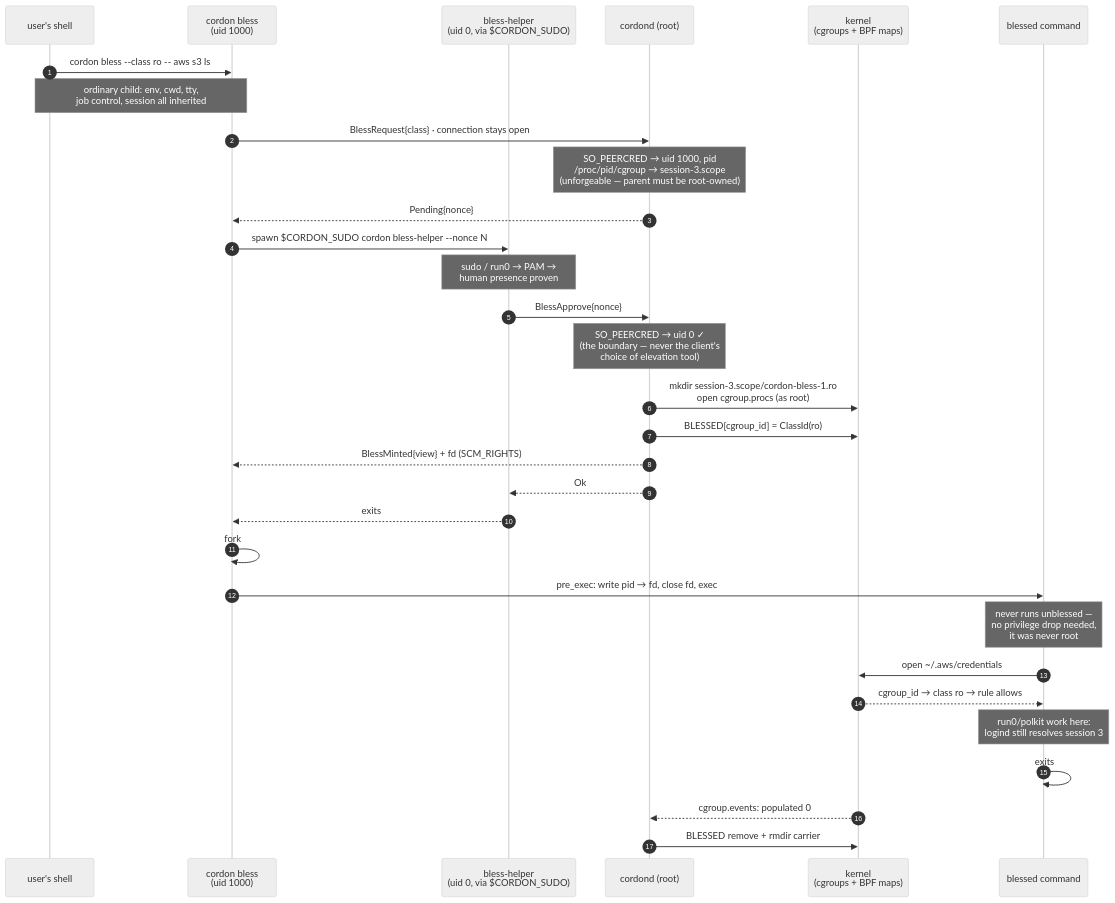
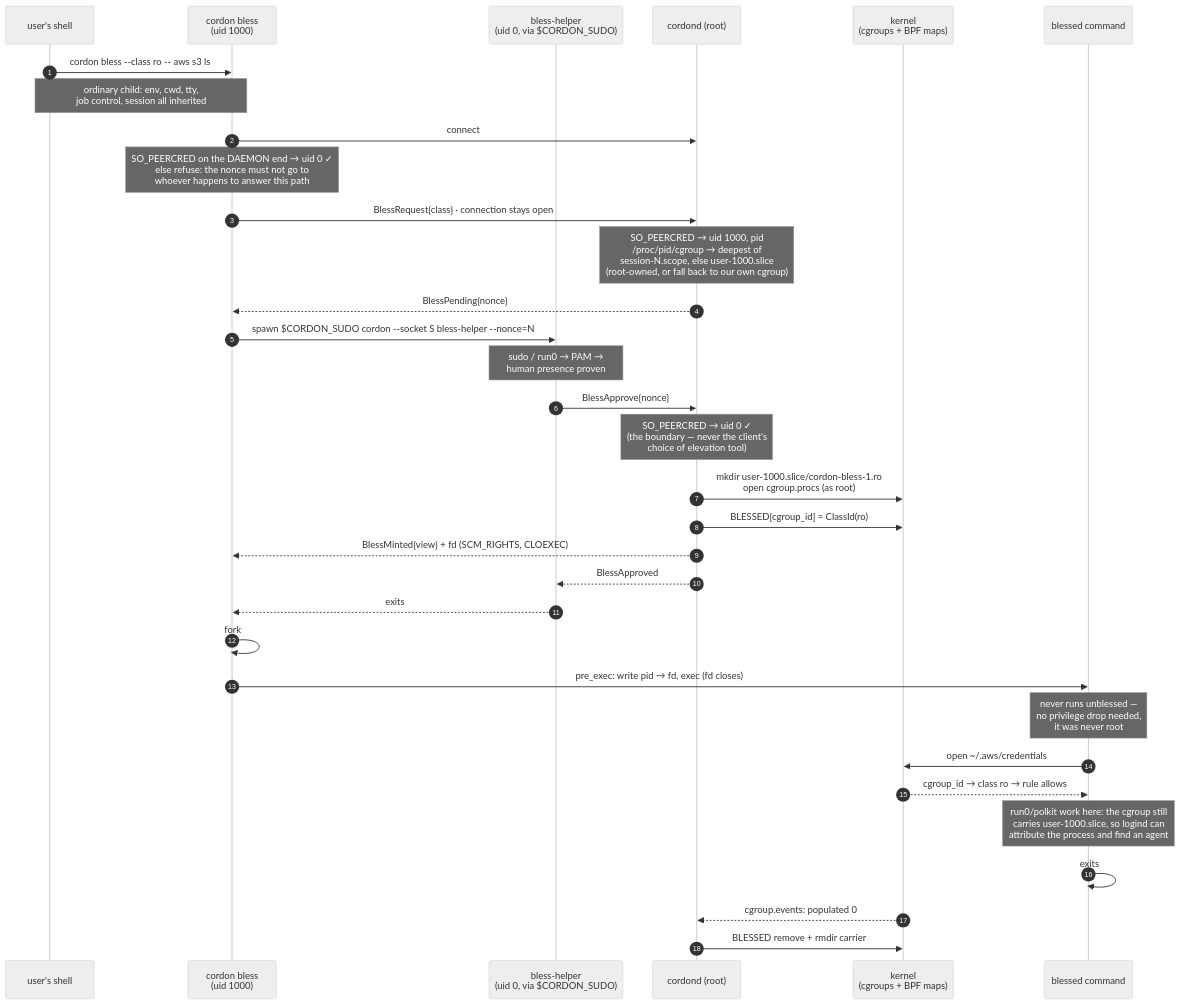
Before and after one commit to nikicat/cordon: the diagram in docs/PLAN-bless3.md, drawn with Mermaid (neutral theme). The commit also changed other lines of this file and 4 other files, not shown here.

First line of the commit message:
fix(bless): place the carrier where logind can still attribute the user

````diff
--- a/docs/PLAN-bless3.md
+++ b/docs/PLAN-bless3.md
@@ -173,40 +177,42 @@
 ```mermaid
 sequenceDiagram
     autonumber
     participant S as user's shell
     participant C as cordon bless<br/>(uid 1000)
     participant H as bless-helper<br/>(uid 0, via $CORDON_SUDO)
     participant D as cordond (root)
     participant K as kernel<br/>(cgroups + BPF maps)
     participant B as blessed command
 
     S->>C: cordon bless --class ro -- aws s3 ls
     Note over S,C: ordinary child: env, cwd, tty,<br/>job control, session all inherited
 
+    C->>D: connect
+    Note over C: SO_PEERCRED on the DAEMON end → uid 0 ✓<br/>else refuse: the nonce must not go to<br/>whoever happens to answer this path
     C->>D: BlessRequest{class} · connection stays open
-    Note over D: SO_PEERCRED → uid 1000, pid<br/>/proc/pid/cgroup → session-3.scope<br/>(unforgeable — parent must be root-owned)
-    D-->>C: Pending{nonce}
+    Note over D: SO_PEERCRED → uid 1000, pid<br/>/proc/pid/cgroup → deepest of<br/>session-N.scope, else user-1000.slice<br/>(root-owned, or fall back to our own cgroup)
+    D-->>C: BlessPending{nonce}
 
-    C->>H: spawn $CORDON_SUDO cordon bless-helper --nonce N
+    C->>H: spawn $CORDON_SUDO cordon --socket S bless-helper --nonce=N
     Note over H: sudo / run0 → PAM →<br/>human presence proven
     H->>D: BlessApprove{nonce}
     Note over D: SO_PEERCRED → uid 0 ✓<br/>(the boundary — never the client's<br/>choice of elevation tool)
 
-    D->>K: mkdir session-3.scope/cordon-bless-1.ro<br/>open cgroup.procs (as root)
+    D->>K: mkdir user-1000.slice/cordon-bless-1.ro<br/>open cgroup.procs (as root)
     D->>K: BLESSED[cgroup_id] = ClassId(ro)
-    D-->>C: BlessMinted{view} + fd (SCM_RIGHTS)
-    D-->>H: Ok
+    D-->>C: BlessMinted{view} + fd (SCM_RIGHTS, CLOEXEC)
+    D-->>H: BlessApproved
     H-->>C: exits
 
     C->>C: fork
-    C->>B: pre_exec: write pid → fd, close fd, exec
+    C->>B: pre_exec: write pid → fd, exec (fd closes)
     Note over B: never runs unblessed —<br/>no privilege drop needed,<br/>it was never root
 
     B->>K: open ~/.aws/credentials
     K-->>B: cgroup_id → class ro → rule allows
-    Note over B: run0/polkit work here:<br/>logind still resolves session 3
+    Note over B: run0/polkit work here: the cgroup still<br/>carries user-1000.slice, so logind can<br/>attribute the process and find an agent
 
     B->>B: exits
     K-->>D: cgroup.events: populated 0
     D->>K: BLESSED remove + rmdir carrier
 ```
````
